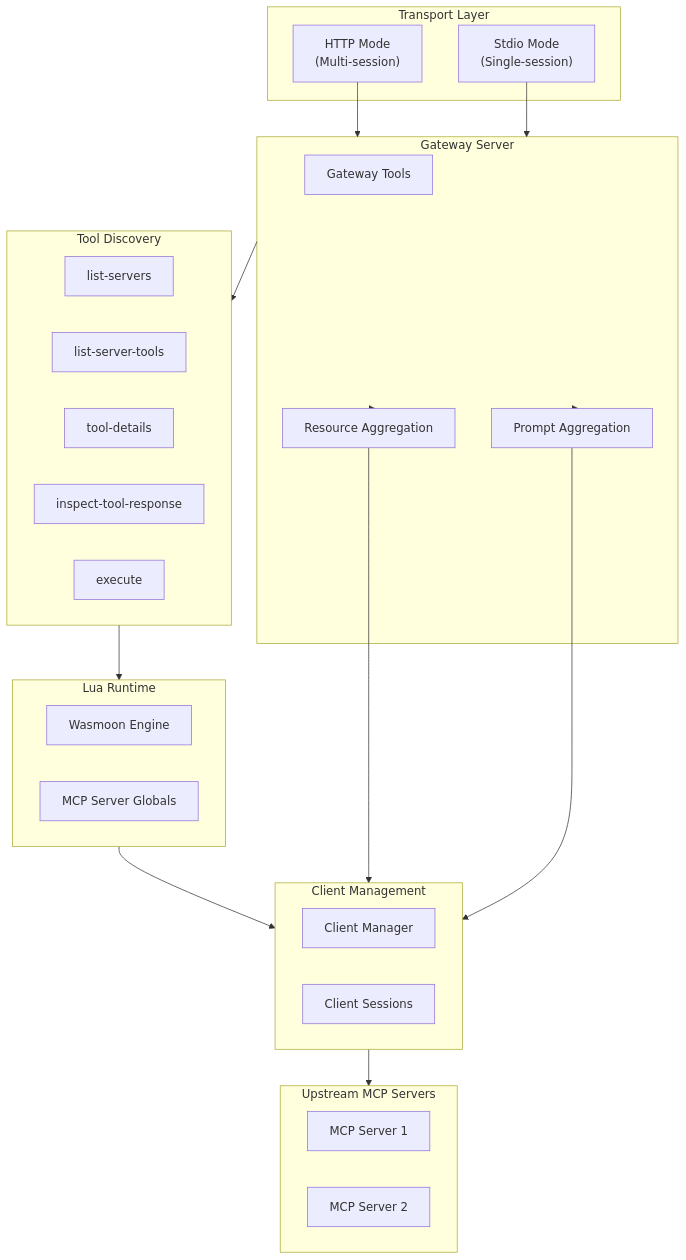
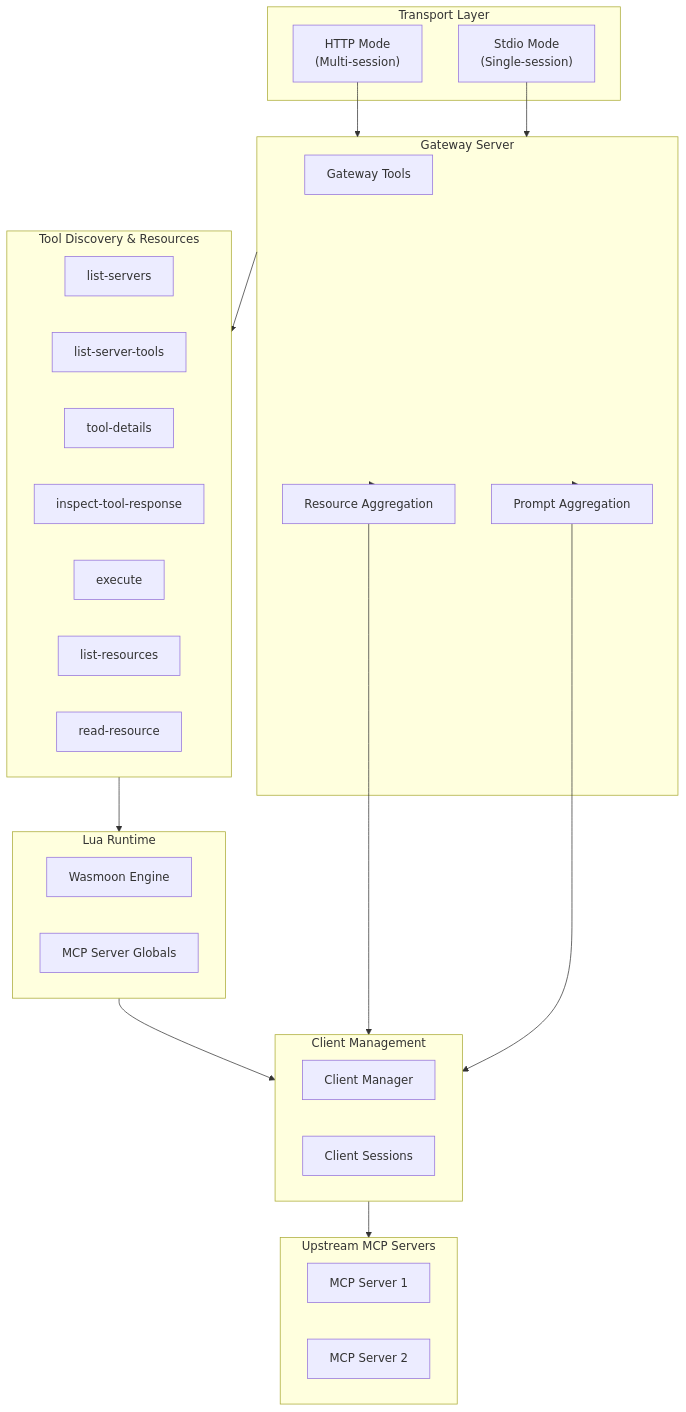
Before and after one commit to karashiiro/my-cool-proxy: the second of 3 diagrams in docs/design/index.md, drawn with Mermaid. The commit also changed other lines of this file and 9 other files, not shown here.

````diff
--- a/docs/design/index.md
+++ b/docs/design/index.md
@@ -56,47 +56,49 @@
 ```mermaid
 flowchart TB
     subgraph Transport["Transport Layer"]
         HTTP["HTTP Mode<br/>(Multi-session)"]
         Stdio["Stdio Mode<br/>(Single-session)"]
     end
 
     subgraph Gateway["Gateway Server"]
         Tools["Gateway Tools"]
         ResourceAgg["Resource Aggregation"]
         PromptAgg["Prompt Aggregation"]
     end
 
-    subgraph Discovery["Tool Discovery"]
+    subgraph Discovery["Tool Discovery & Resources"]
         ListServers["list-servers"]
         ListTools["list-server-tools"]
         ToolDetails["tool-details"]
         Inspect["inspect-tool-response"]
         Execute["execute"]
+        ListResources["list-resources"]
+        ReadResource["read-resource"]
     end
 
     subgraph Runtime["Lua Runtime"]
         Wasmoon["Wasmoon Engine"]
         ServerGlobals["MCP Server Globals"]
     end
 
     subgraph Clients["Client Management"]
         ClientManager["Client Manager"]
         ClientSession["Client Sessions"]
     end
 
     subgraph Upstream["Upstream MCP Servers"]
         MCP1["MCP Server 1"]
         MCP2["MCP Server 2"]
     end
 
     HTTP --> Gateway
     Stdio --> Gateway
     Gateway --> Discovery
     Discovery --> Runtime
     Runtime --> Clients
     Clients --> Upstream
     Gateway --> ResourceAgg
     Gateway --> PromptAgg
     ResourceAgg --> Clients
     PromptAgg --> Clients
 ```
````
